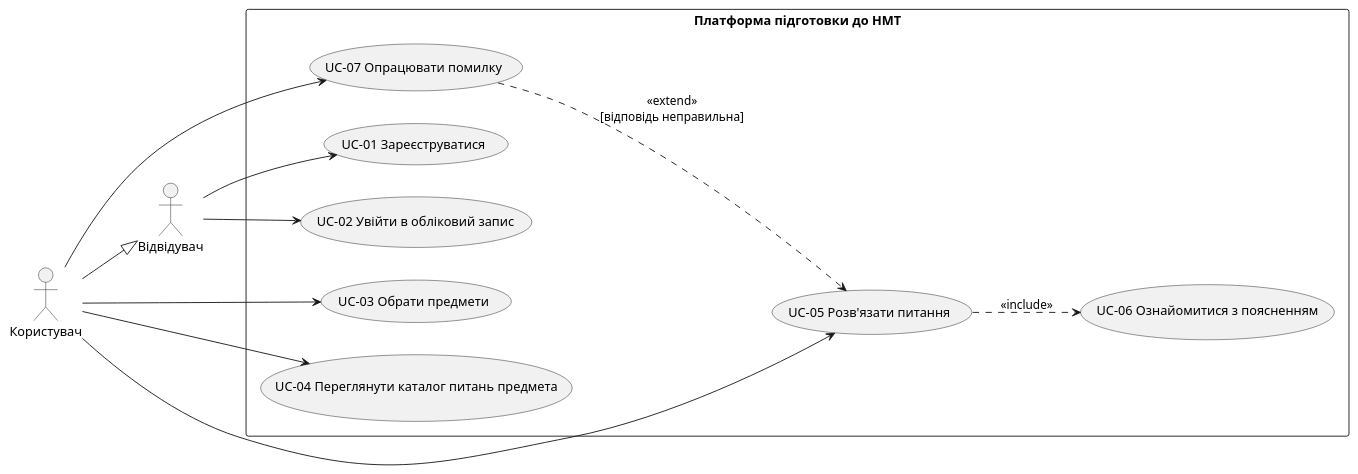
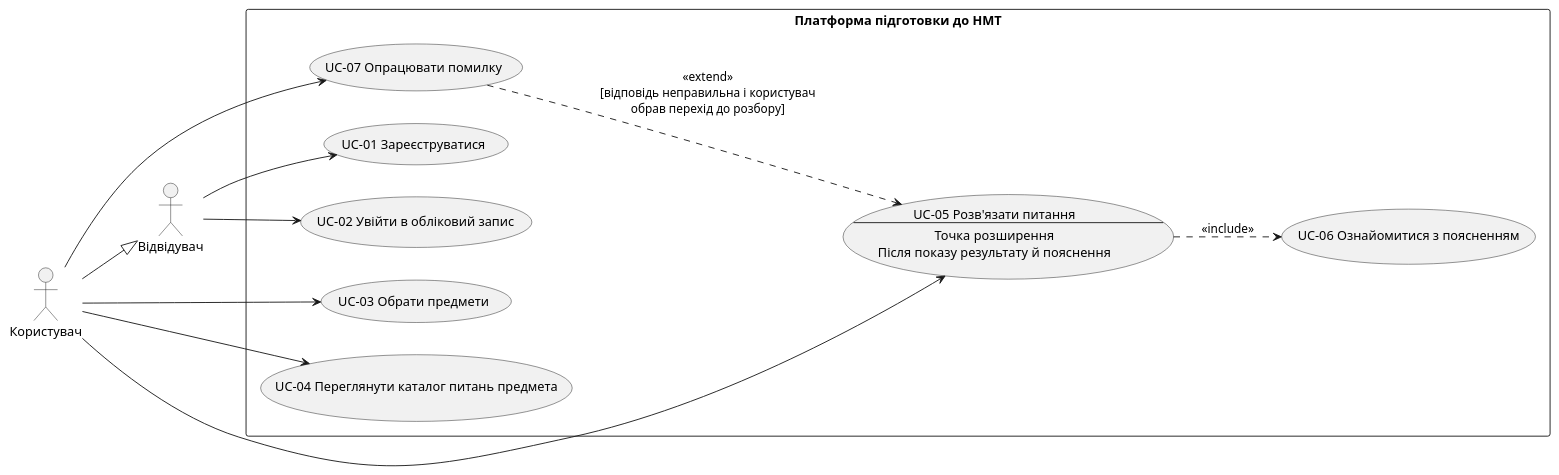
One commit to k0dekk/mavpz changed the diagram in lab2/usecase.puml. Above: the diagram before and after it, drawn with PlantUML. The commit also changed 2 other files, not shown here.

```diff
--- a/lab2/usecase.puml
+++ b/lab2/usecase.puml
@@ -1,28 +1,28 @@
 @startuml
 left to right direction
 skinparam packageStyle rectangle
 
 actor "Відвідувач" as Visitor
 actor "Користувач" as User
 User --|> Visitor
 
 rectangle "Платформа підготовки до НМТ" {
   usecase "UC-01 Зареєструватися" as UC01
   usecase "UC-02 Увійти в обліковий запис" as UC02
   usecase "UC-03 Обрати предмети" as UC03
   usecase "UC-04 Переглянути каталог питань предмета" as UC04
-  usecase "UC-05 Розв'язати питання" as UC05
+  usecase "UC-05 Розв'язати питання\n--\nТочка розширення\nПісля показу результату й пояснення" as UC05
   usecase "UC-06 Ознайомитися з поясненням" as UC06
   usecase "UC-07 Опрацювати помилку" as UC07
 }
 
 Visitor --> UC01
 Visitor --> UC02
 User --> UC03
 User --> UC04
 User --> UC05
 User --> UC07
 
 UC05 ..> UC06 : <<include>>
-UC07 ..> UC05 : <<extend>>\n[відповідь неправильна]
+UC07 ..> UC05 : <<extend>>\n[відповідь неправильна і користувач\nобрав перехід до розбору]
 @enduml
```
